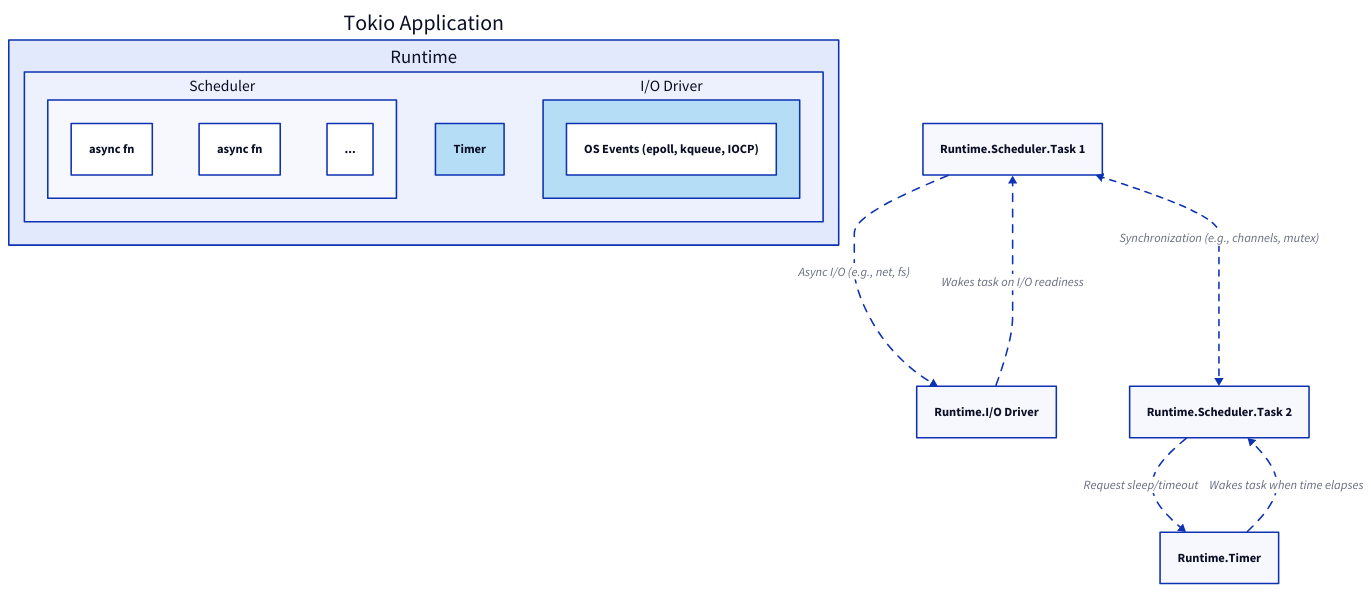
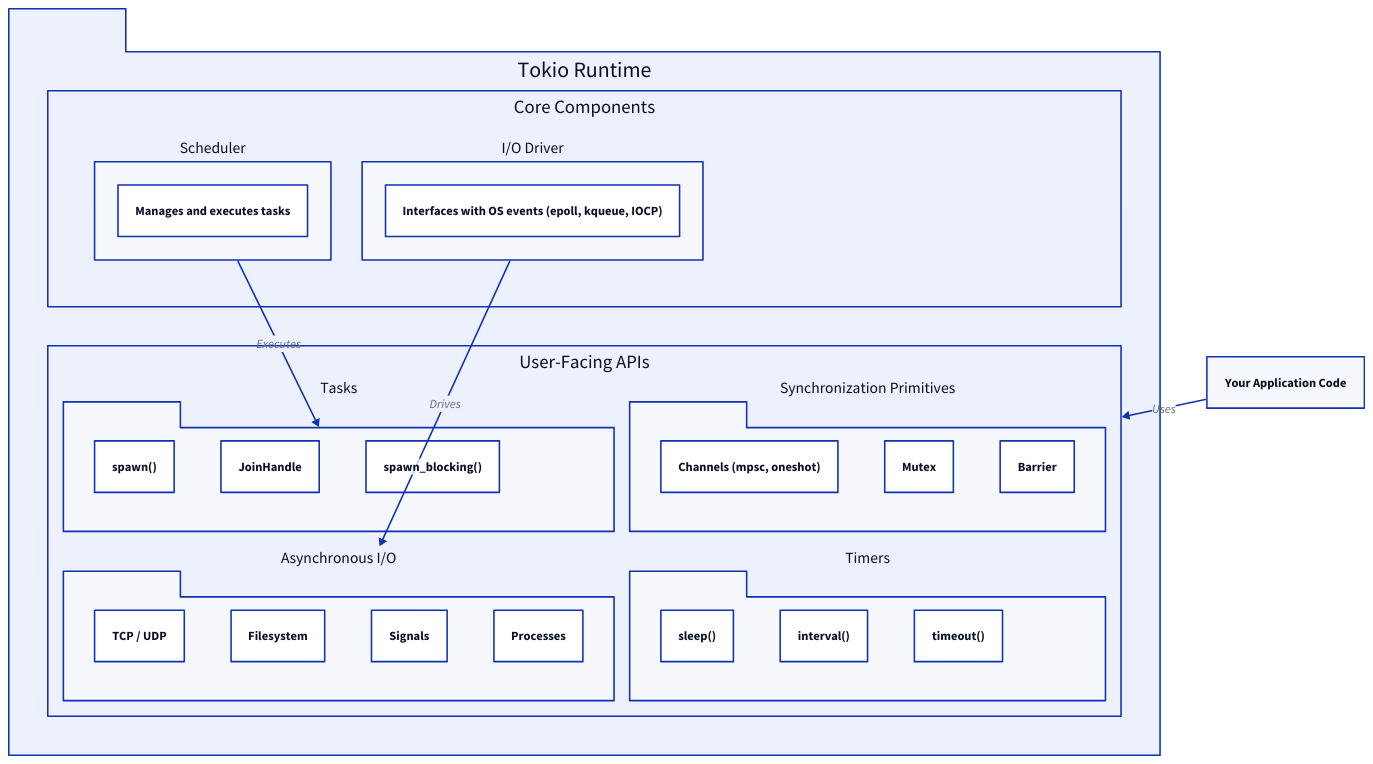
The diagram in .aigne/doc-smith/docs/concepts.md (lban2049/tokio), drawn with D2 before and after one commit. The commit also changed other lines of this file and 42 other files, not shown here.

````diff
--- a/.aigne/doc-smith/docs/concepts.md
+++ b/.aigne/doc-smith/docs/concepts.md
@@ -7,30 +7,67 @@
 ```d2
 direction: down
 
-"Tokio Application": {
-  "Runtime": {
+"Tokio Runtime" {
+  shape: package
+  grid-columns: 1
+  grid-gap: 50
+
+  "Core Components" {
+    grid-columns: 2
+
     "Scheduler": {
-      "Task 1": "async fn"
-      "Task 2": "async fn"
-      "Task N": "..."
+      shape: rectangle
+      "Manages and executes tasks"
     }
 
     "I/O Driver": {
-      style.fill: "#B6DDF6"
-      "OS Events (epoll, kqueue, IOCP)"
+      shape: rectangle
+      "Interfaces with OS events (epoll, kqueue, IOCP)"
+    }
+  }
+
+  "User-Facing APIs" {
+    grid-columns: 2
+    grid-gap: 20
+
+    "Tasks": {
+      shape: package
+      "spawn()"
+      "JoinHandle"
+      "spawn_blocking()"
     }
 
-    "Timer": {
-      style.fill: "#B6DDF6"
+    "Asynchronous I/O": {
+      shape: package
+      "TCP / UDP"
+      "Filesystem"
+      "Signals"
+      "Processes"
+    }
+
+    "Synchronization Primitives": {
+      shape: package
+      "Channels (mpsc, oneshot)"
+      "Mutex"
+      "Barrier"
+    }
+
+    "Timers": {
+      shape: package
+      "sleep()"
+      "interval()"
+      "timeout()"
     }
   }
+
+  "Core Components".Scheduler -> "User-Facing APIs".Tasks: "Executes"
+  "Core Components"."I/O Driver" -> "User-Facing APIs"."Asynchronous I/O": "Drives"
 }
 
-"Runtime.Scheduler.Task 1" -> "Runtime.I/O Driver": "Async I/O (e.g., net, fs)" { style.animated: true }
-"Runtime.I/O Driver" -> "Runtime.Scheduler.Task 1": "Wakes task on I/O readiness" { style.animated: true }
+"Your Application Code" {
+  shape: rectangle
+}
 
-"Runtime.Scheduler.Task 2" -> "Runtime.Timer": "Request sleep/timeout" { style.animated: true }
-"Runtime.Timer" -> "Runtime.Scheduler.Task 2": "Wakes task when time elapses" { style.animated: true }
+"Your Application Code" -> "Tokio Runtime"."User-Facing APIs": "Uses"
 
-"Runtime.Scheduler.Task 1" <-> "Runtime.Scheduler.Task 2": "Synchronization (e.g., channels, mutex)" { style.stroke-dash: 4 }
 ```
````
